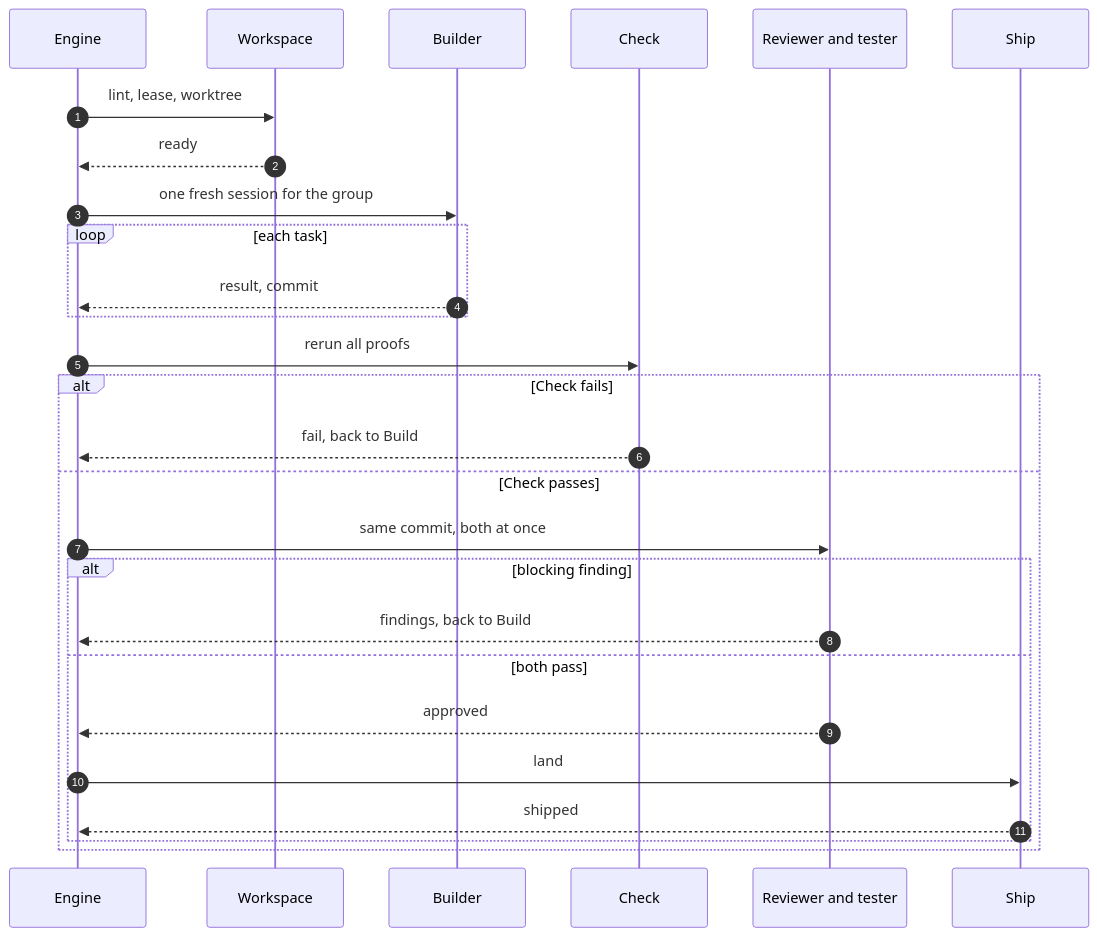
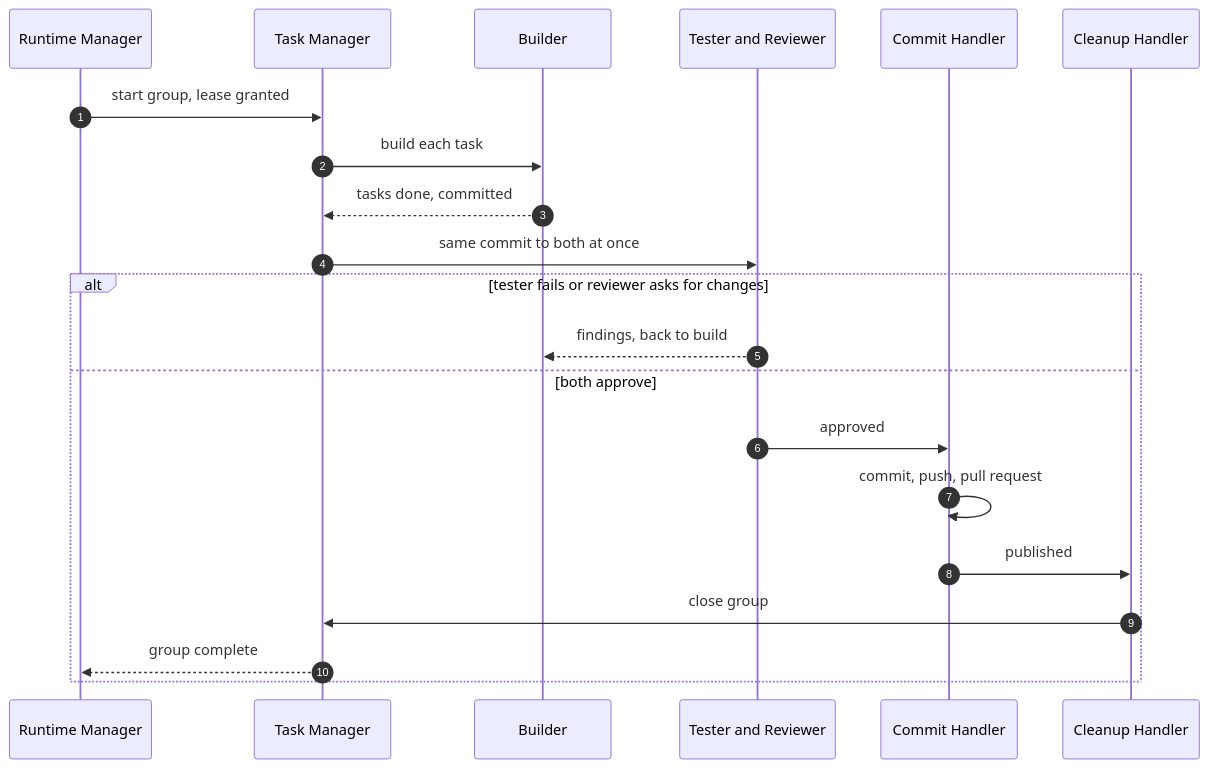
One commit to rdevitto86/komodo-agentic-harness-coding changed the fifth of 5 diagrams in docs/hld.md. Above: the diagram before and after it, drawn with Mermaid. The commit also changed other lines of this file and 1 other file, not shown here.

````diff
--- a/docs/hld.md
+++ b/docs/hld.md
@@ -259,29 +257,23 @@
 ```mermaid
 sequenceDiagram
   autonumber
-  participant E as Engine
-  participant W as Workspace
+  participant R as Runtime Manager
+  participant T as Task Manager
   participant B as Builder
-  participant C as Check
-  participant V as Reviewer and tester
-  participant S as Ship
-  E->>W: lint, lease, worktree
-  W-->>E: ready
-  E->>B: one fresh session for the group
-  loop each task
-    B-->>E: result, commit
-  end
-  E->>C: rerun all proofs
-  alt Check fails
-    C-->>E: fail, back to Build
-  else Check passes
-    E->>V: same commit, both at once
-    alt blocking finding
-      V-->>E: findings, back to Build
-    else both pass
-      V-->>E: approved
-      E->>S: land
-      S-->>E: shipped
-    end
+  participant Q as Tester and Reviewer
+  participant C as Commit Handler
+  participant U as Cleanup Handler
+  R->>T: start group, lease granted
+  T->>B: build each task
+  B-->>T: tasks done, committed
+  T->>Q: same commit to both at once
+  alt tester fails or reviewer asks for changes
+    Q-->>B: findings, back to build
+  else both approve
+    Q->>C: approved
+    C->>C: commit, push, pull request
+    C->>U: published
+    U->>T: close group
+    T-->>R: group complete
   end
 ```
````
